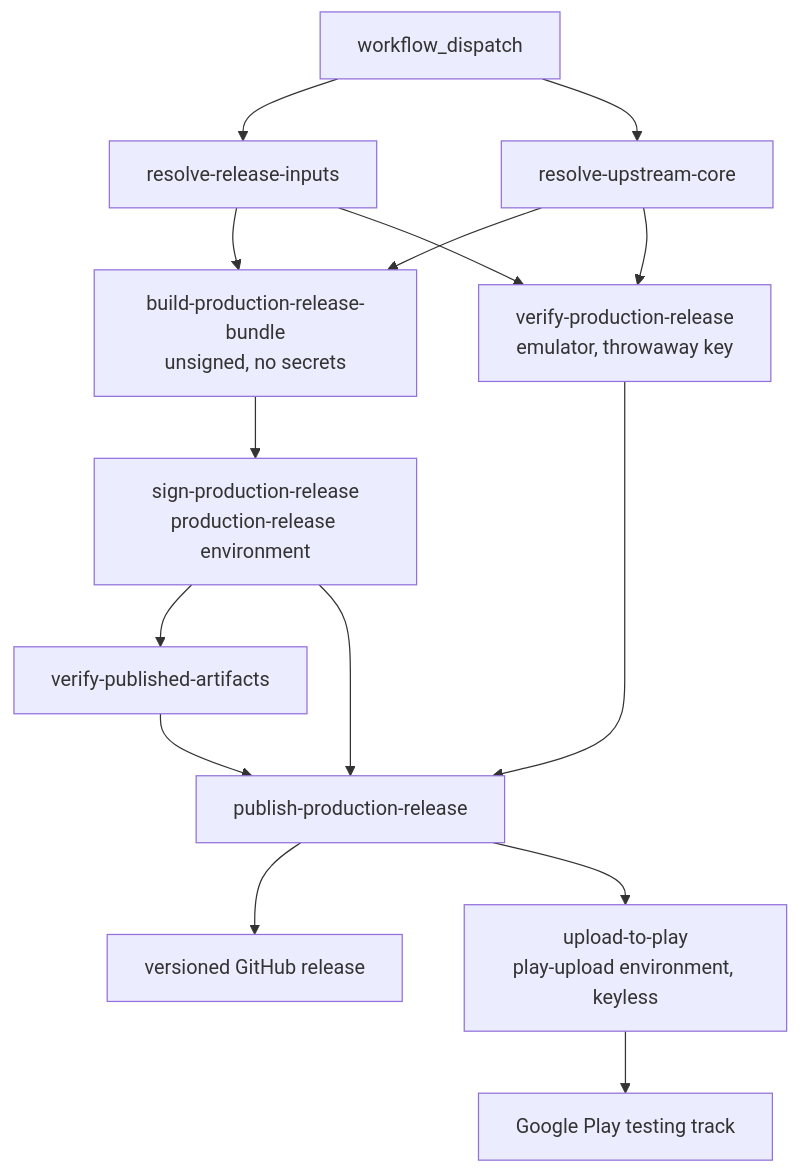
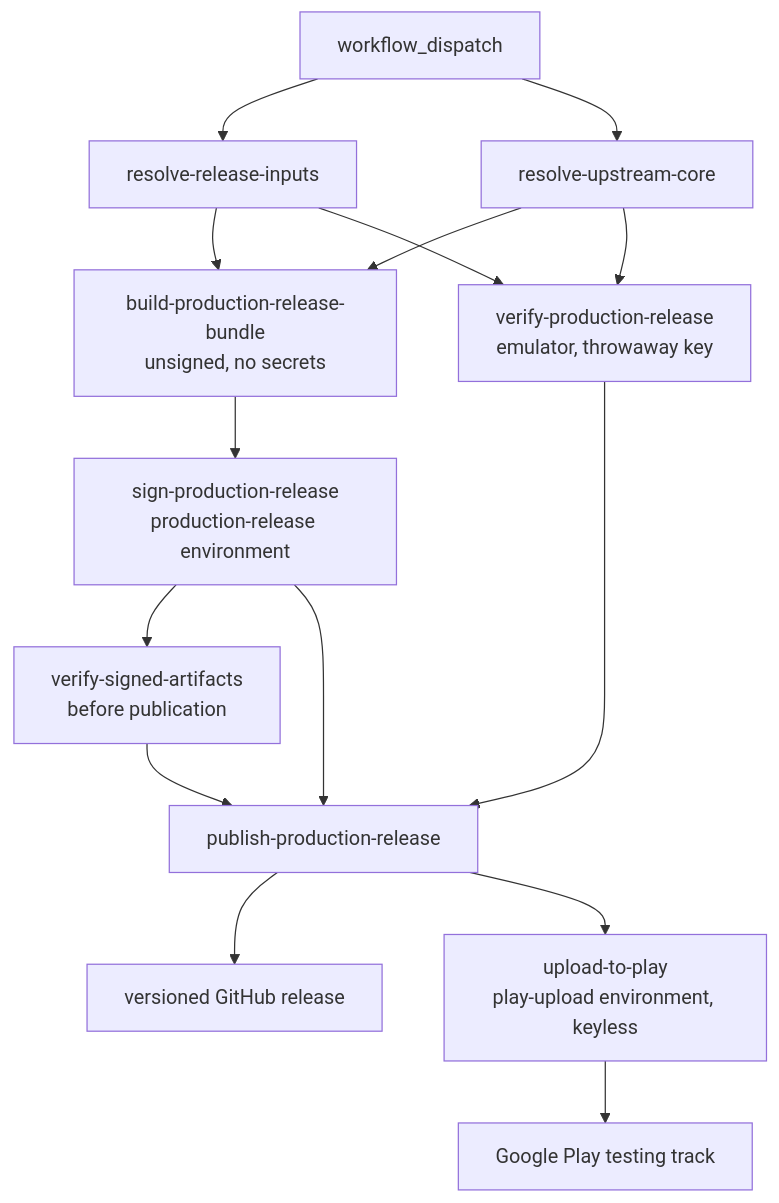
Before and after one commit to ppigazzini/r47zen: the second of 2 diagrams in android/docs/dev/07-ci-and-release-workflow.md, drawn with Mermaid. The commit also changed other lines of this file and 3 other files, not shown here.

````diff
--- a/android/docs/dev/07-ci-and-release-workflow.md
+++ b/android/docs/dev/07-ci-and-release-workflow.md
@@ -530,29 +530,29 @@
 ```mermaid
 flowchart TD
   A[workflow_dispatch]
   B[resolve-release-inputs]
   C[resolve-upstream-core]
   E[build-production-release-bundle<br/>unsigned, no secrets]
   S[sign-production-release<br/>production-release environment]
   V[verify-production-release<br/>emulator, throwaway key]
-  W[verify-published-artifacts]
+  W[verify-signed-artifacts<br/>before publication]
   I[publish-production-release]
   J[versioned GitHub release]
   P[upload-to-play<br/>play-upload environment, keyless]
   K[Google Play testing track]
 
   A --> B
   A --> C
   B --> E
   C --> E
   E --> S
   B --> V
   C --> V
   S --> W
   S --> I
   V --> I
   W --> I
   I --> J
   I --> P
   P --> K
 ```
````
